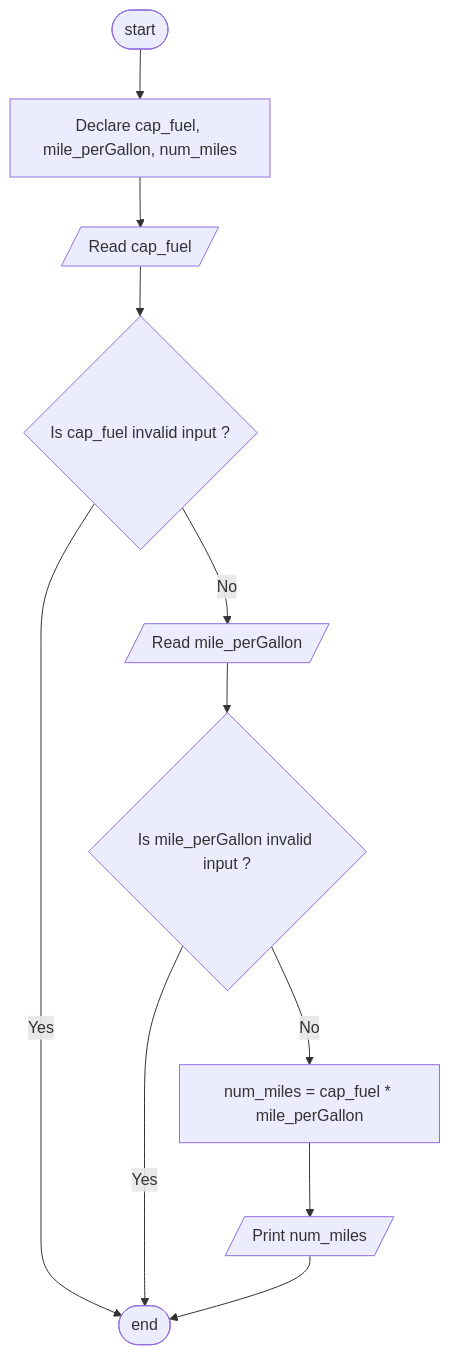
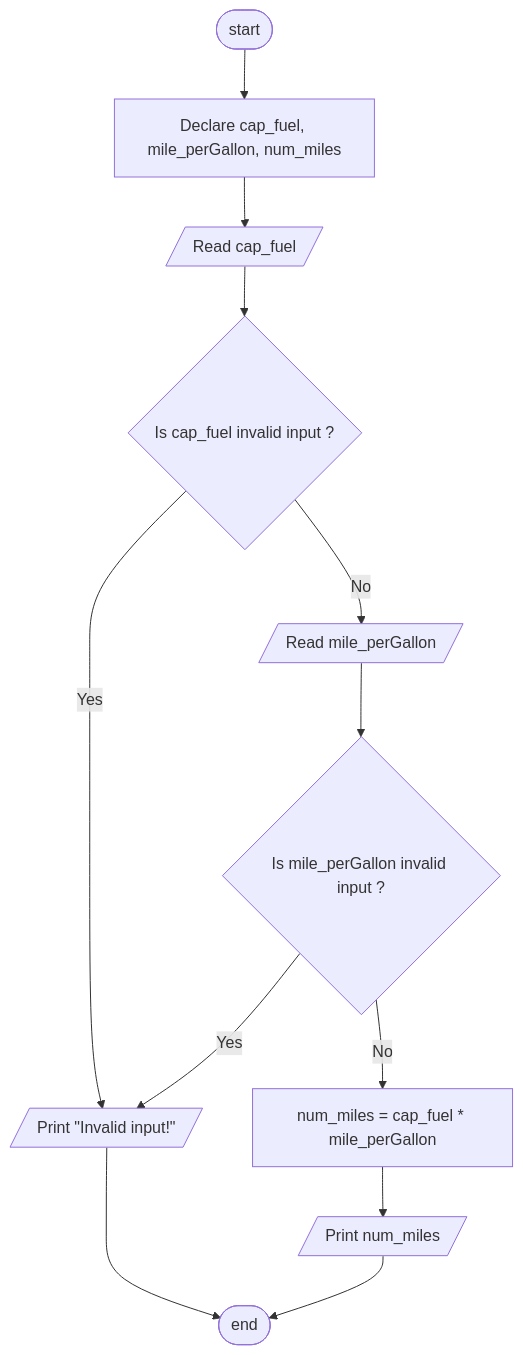
The diagram in ETS1010-Mohammed-Moges/automobile.md (SWEG-2016EC-Batch/The-5-Bits), drawn with Mermaid before and after one commit. The commit also changed other lines of this file, not shown here.

````diff
--- a/ETS1010-Mohammed-Moges/automobile.md
+++ b/ETS1010-Mohammed-Moges/automobile.md
@@ -43,14 +43,15 @@
 ``` mermaid
 
 flowchart TD
     A([start]) --> B[Declare cap_fuel, mile_perGallon, num_miles ]
     B --> C[/Read cap_fuel/]
     C --> D{Is cap_fuel invalid input ?}
-    D -->|Yes| K
+    D -->|Yes| R[/Print "Invalid input!"/]
+    R --> K
     D --> |No| F[/Read mile_perGallon/]
     F --> G{Is mile_perGallon invalid input ?}
-    G -->|Yes| K
+    G -->|Yes| R
     G -->|No| I[num_miles = cap_fuel * mile_perGallon]
     I --> J[/Print num_miles/]
     J --> K([end])
 ```
````
